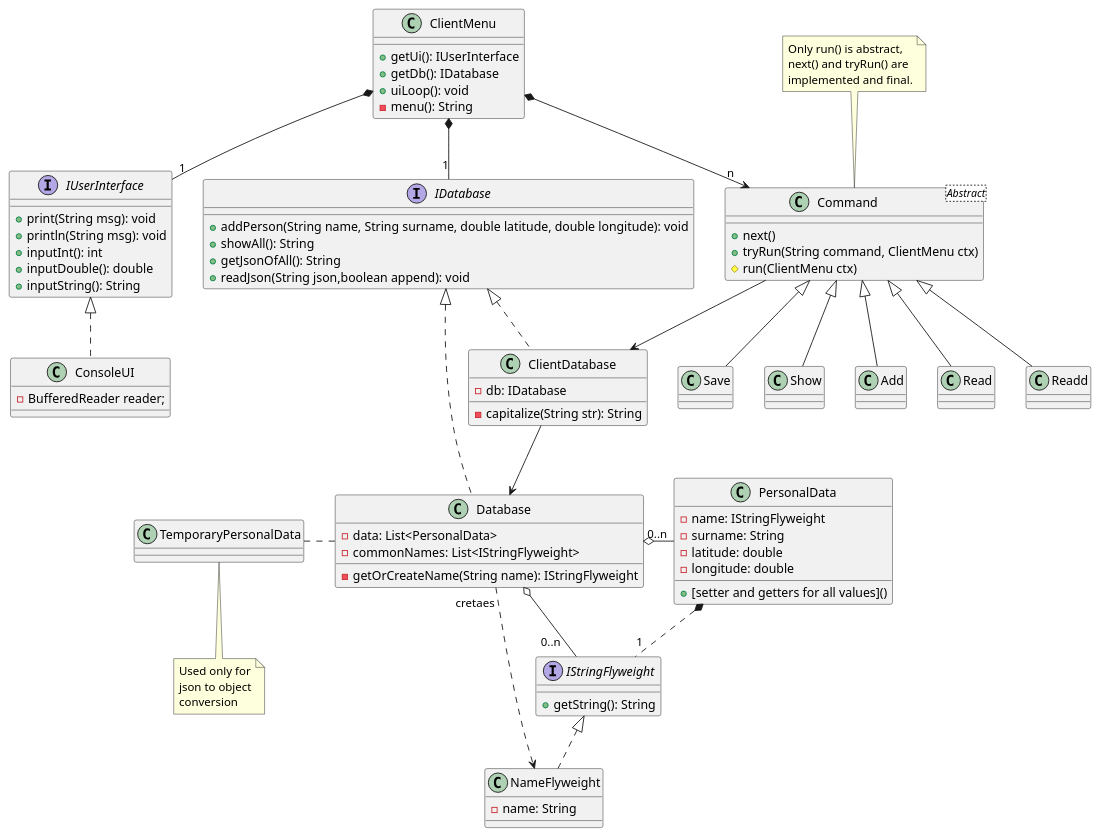
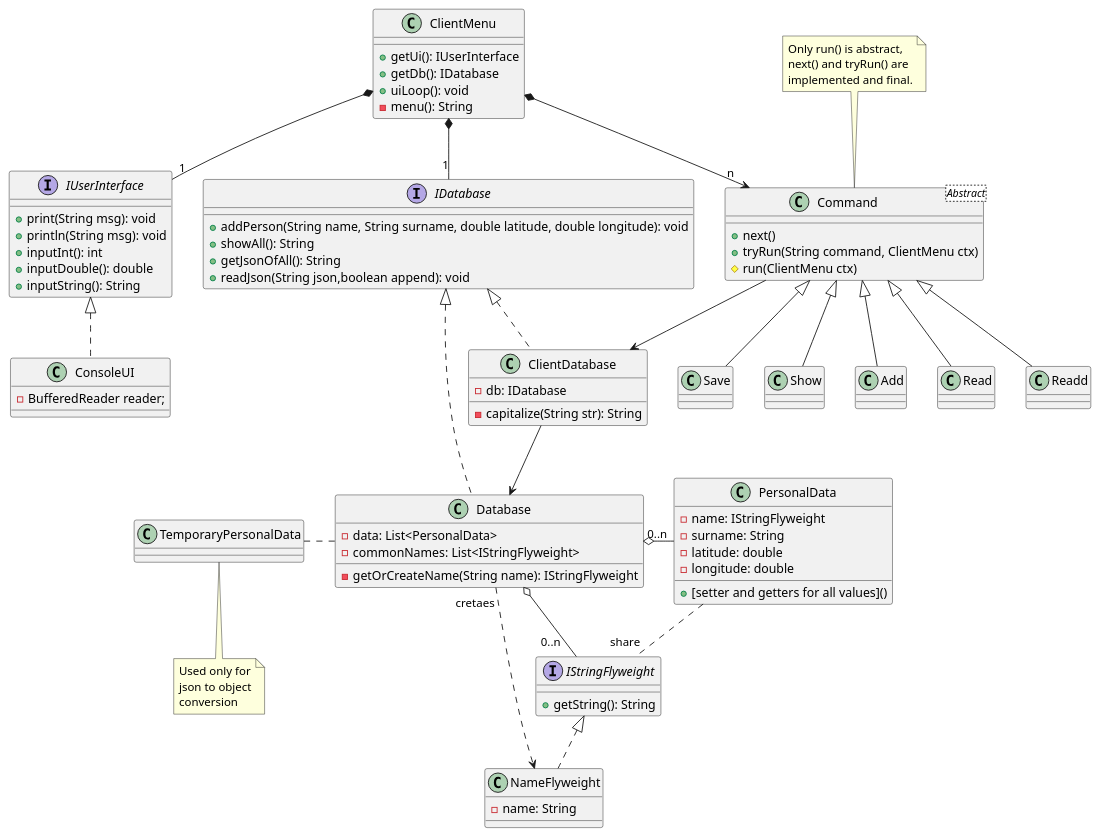
The diagram in src/uml.puml (CKTA00/TO_lab_6), drawn with PlantUML before and after one commit.

Commit message:
Changed uml detail, probably for better

```diff
--- a/src/uml.puml
+++ b/src/uml.puml
@@ -1,87 +1,87 @@
 @startuml
 
 class ClientMenu{
     +getUi(): IUserInterface
     +getDb(): IDatabase
     +uiLoop(): void
     -menu(): String
 }
 
 interface IUserInterface{
     +print(String msg): void
     +println(String msg): void
     +inputInt(): int
     +inputDouble(): double
     +inputString(): String
 }
 
 class ConsoleUI implements IUserInterface{
     -BufferedReader reader;
 }
 
 class Command<Abstract>{
     +next()
     +tryRun(String command, ClientMenu ctx)
     #run(ClientMenu ctx)
 }
 note top:Only run() is abstract,\nnext() and tryRun() are\nimplemented and final.
 
 interface IDatabase{
     +addPerson(String name, String surname, double latitude, double longitude): void
     +showAll(): String
     +getJsonOfAll(): String
     +readJson(String json,boolean append): void
 }
 
 class Database implements IDatabase
 {
     -data: List<PersonalData>
     -commonNames: List<IStringFlyweight>
     -getOrCreateName(String name): IStringFlyweight
 }
 
 class ClientDatabase implements IDatabase{
     -db: IDatabase
     -capitalize(String str): String
 }
 
 class PersonalData{
     -name: IStringFlyweight
     -surname: String
     -latitude: double
     -longitude: double
     + [setter and getters for all values]()
 }
 
 interface IStringFlyweight{
     +getString(): String
 }
 
 class NameFlyweight implements IStringFlyweight{
     -name: String
 }
 
 class TemporaryPersonalData{
 
 }
 note bottom: Used only for\njson to object\nconversion
 
 class Add extends Command
 class Read extends Command
 class Readd extends Command
 class Save extends Command
 class Show extends Command
 
 ClientMenu *-- "1 " IUserInterface
 ClientMenu *--> "n" Command
 ClientMenu *-- "1" IDatabase
 
 Command --> ClientDatabase
 ClientDatabase --> Database
 
 Database o-"0..n" PersonalData
 Database o-"0..n   " IStringFlyweight
-PersonalData *.."1" IStringFlyweight
+PersonalData .."share" IStringFlyweight
 Database "cretaes" ...> NameFlyweight
 TemporaryPersonalData . Database
 @enduml
```
